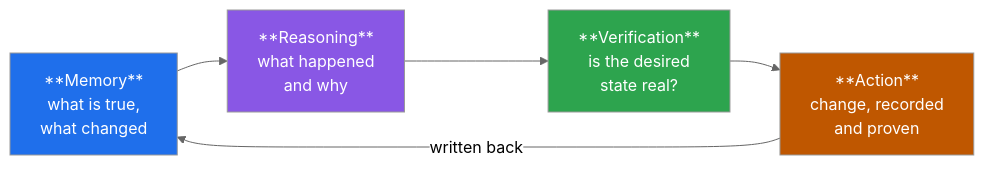
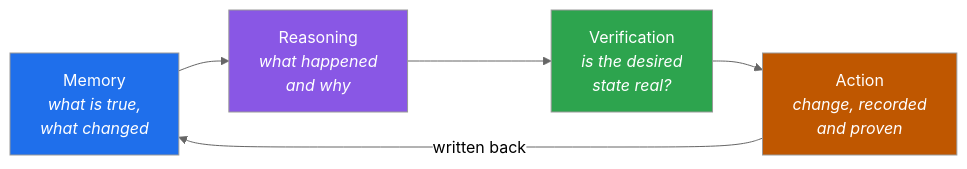
One commit to qa-veritas/qa-veritas changed the diagram in README.md. Above: the diagram before and after it, drawn with Mermaid (neutral theme).

Commit message:
Fix Mermaid node labels (italics, not markdown bold)

````diff
--- a/README.md
+++ b/README.md
@@ -17,11 +17,11 @@
 ```mermaid
 flowchart LR
-    M[**Memory**<br/>what is true,<br/>what changed] --> R[**Reasoning**<br/>what happened<br/>and why]
-    R --> V[**Verification**<br/>is the desired<br/>state real?]
-    V --> A[**Action**<br/>change, recorded<br/>and proven]
+    M[Memory<br/><i>what is true,<br/>what changed</i>] --> R[Reasoning<br/><i>what happened<br/>and why</i>]
+    R --> V[Verification<br/><i>is the desired<br/>state real?</i>]
+    V --> A[Action<br/><i>change, recorded<br/>and proven</i>]
     A -->|written back| M
     style M fill:#1f6feb,color:#fff
     style R fill:#8957e5,color:#fff
     style V fill:#2da44e,color:#fff
     style A fill:#bf5700,color:#fff
 ```
````
